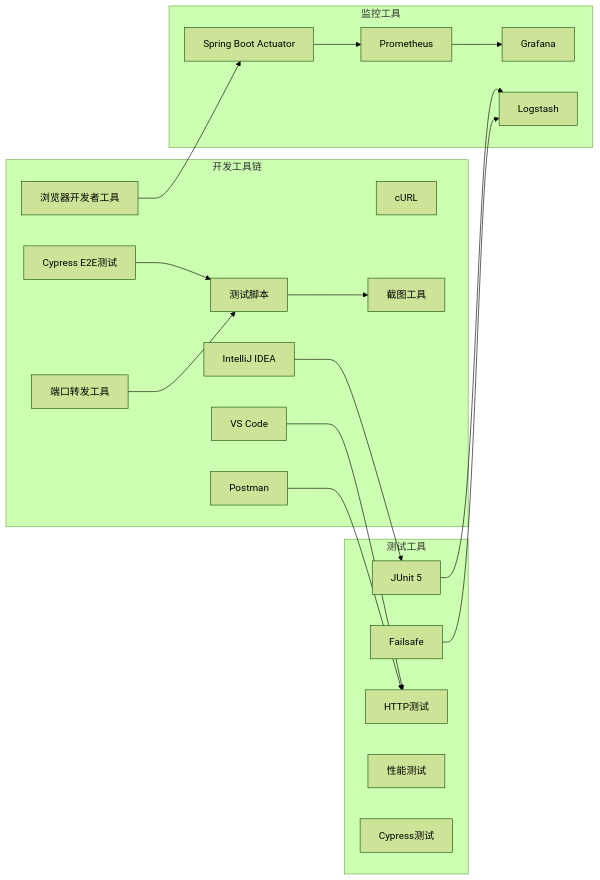
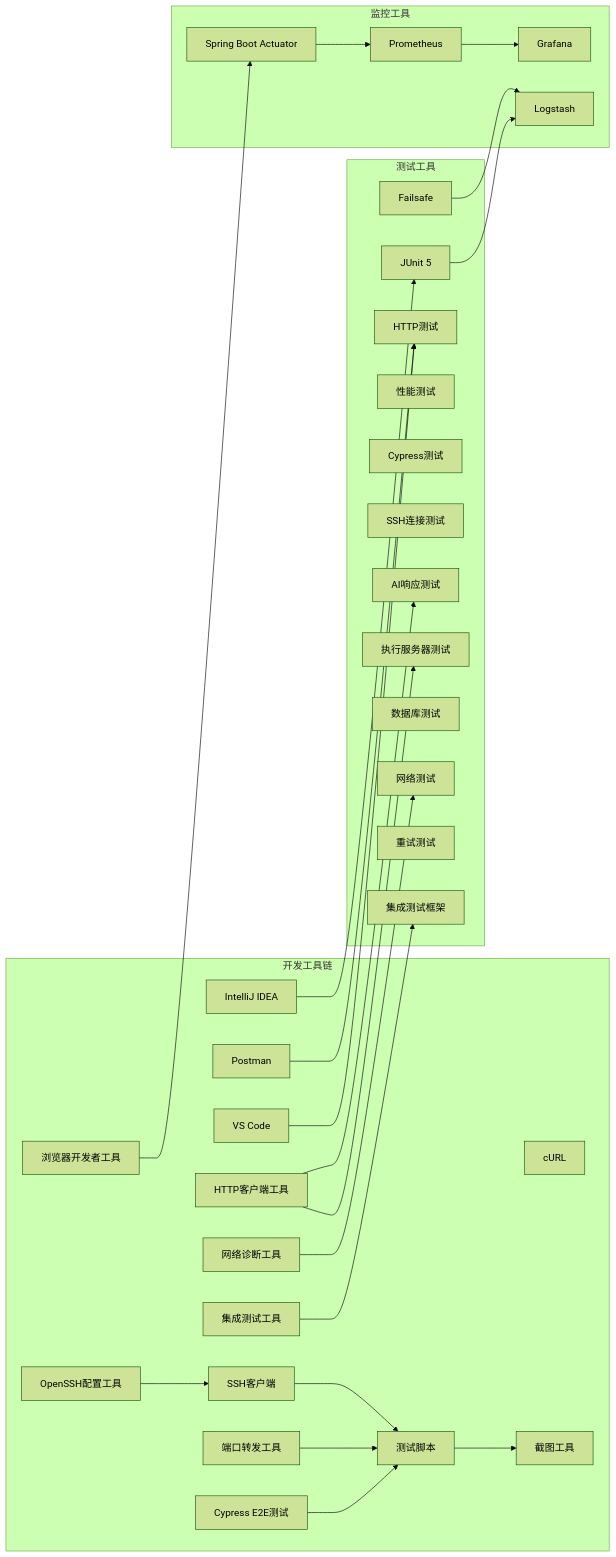
The seventh of 43 diagrams in .qoder/repowiki/zh/content/Development Environment Features/Development Environment Features.md (liuzh2008/med_ai_assistant_workspace), drawn with Mermaid (forest theme) before and after one commit. The commit also changed other lines of this file and 6 other files, not shown here.

````diff
--- a/.qoder/repowiki/zh/content/Development Environment Features/Development Environment Features.md
+++ b/.qoder/repowiki/zh/content/Development Environment Features/Development Environment Features.md
@@ -326,38 +414,56 @@
 ```mermaid
 flowchart LR
 subgraph "开发工具链"
 IDE[IntelliJ IDEA]
 VSC[VS Code]
 POSTMAN[Postman]
 CURL[cURL]
 BROWSER[浏览器开发者工具]
 CYPRESS[Cypress E2E测试]
 TEST_SCRIPTS[测试脚本]
 SCREENSHOT_TOOL[截图工具]
 PORT_FORWARD[端口转发工具]
+OPENSSH_CONFIG[OpenSSH配置工具]
+SSH_CLIENT[SSH客户端]
+HTTP_CLIENT[HTTP客户端工具]
+NETWORK_DIAGNOSTIC[网络诊断工具]
+INTEGRATION_TEST[集成测试工具]
 end
 subgraph "测试工具"
 UNIT_TEST[JUnit 5]
 INTEGRATION[Failsafe]
 API_TEST[HTTP测试]
 LOAD_TEST[性能测试]
 E2E_TEST[Cypress测试]
+SSH_TEST[SSH连接测试]
+AI_RESPONSE_TEST[AI响应测试]
+EXECUTION_SERVER_TEST[执行服务器测试]
+DATABASE_TEST[数据库测试]
+NETWORK_TEST[网络测试]
+RETRY_TEST[重试测试]
+INTEGRATION_FRAMEWORK[集成测试框架]
 end
 subgraph "监控工具"
 ACTUATOR[Spring Boot Actuator]
 PROMETHEUS[Prometheus]
 GRAFANA[Grafana]
 LOGSTASH[Logstash]
 end
 IDE --> UNIT_TEST
 VSC --> API_TEST
 POSTMAN --> API_TEST
 BROWSER --> ACTUATOR
 ACTUATOR --> PROMETHEUS
 PROMETHEUS --> GRAFANA
 UNIT_TEST --> LOGSTASH
 INTEGRATION --> LOGSTASH
 CYPRESS --> TEST_SCRIPTS
 TEST_SCRIPTS --> SCREENSHOT_TOOL
 PORT_FORWARD --> TEST_SCRIPTS
+OPENSSH_CONFIG --> SSH_CLIENT
+SSH_CLIENT --> TEST_SCRIPTS
+HTTP_CLIENT --> AI_RESPONSE_TEST
+HTTP_CLIENT --> EXECUTION_SERVER_TEST
+NETWORK_DIAGNOSTIC --> NETWORK_TEST
+INTEGRATION_TEST --> INTEGRATION_FRAMEWORK
 ```
````
